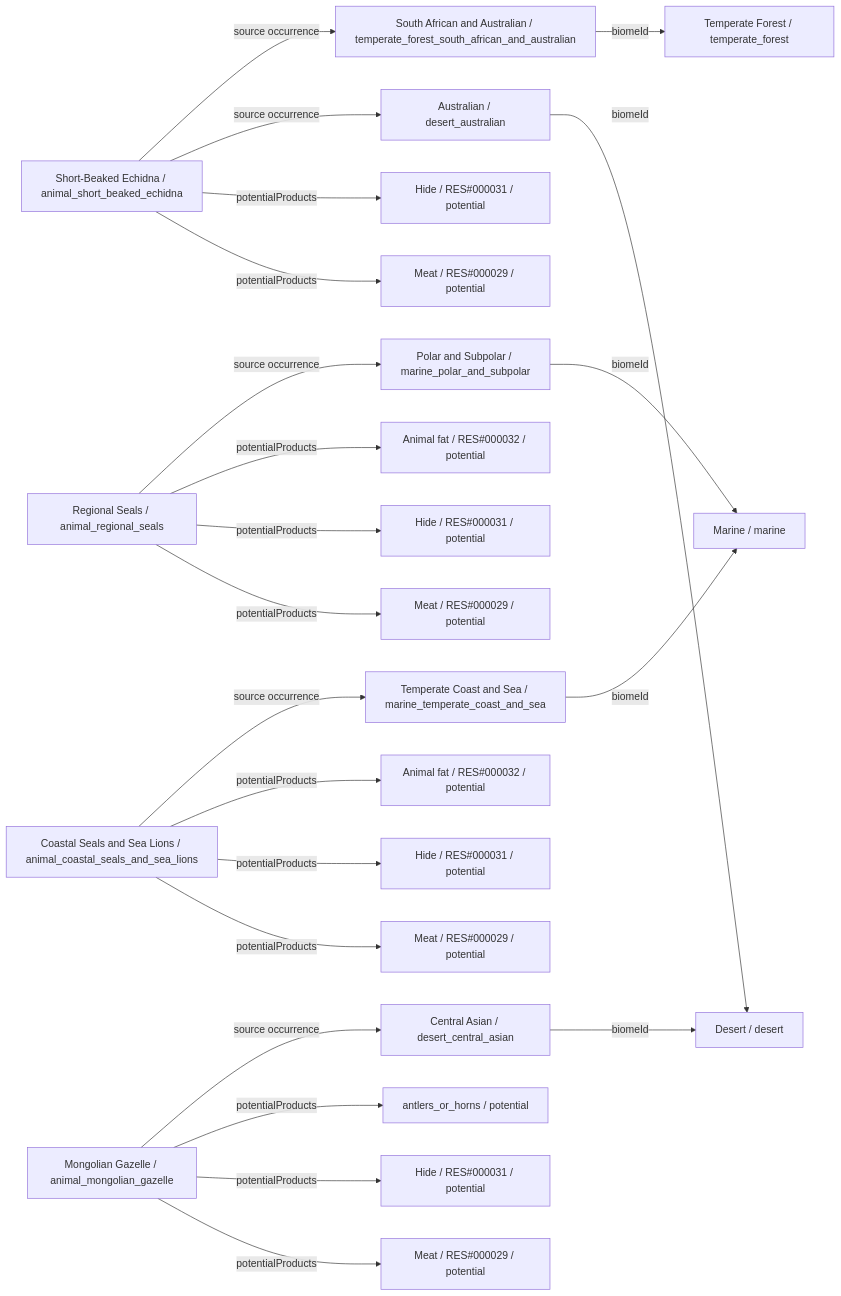
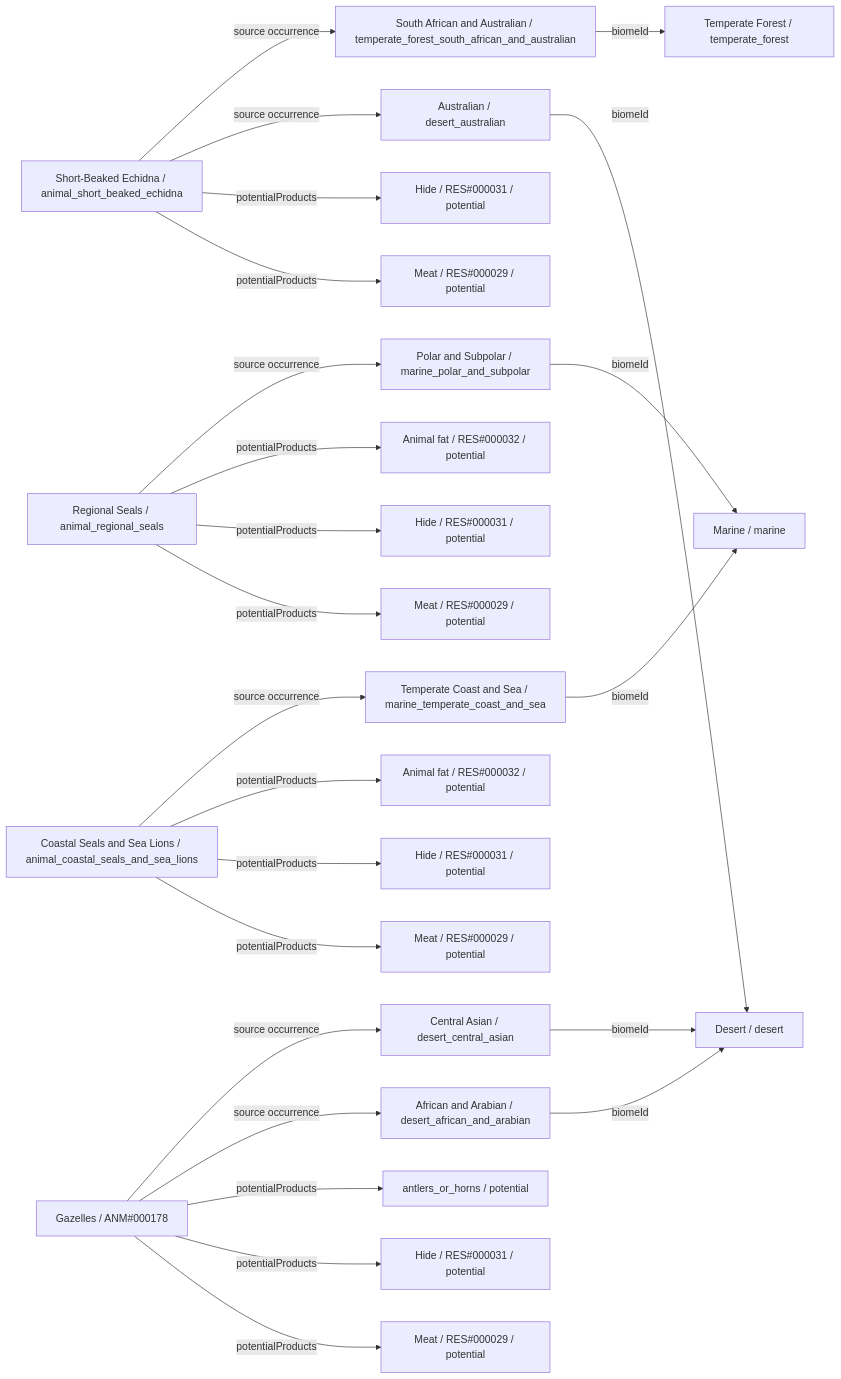
One commit to fgabo404/EvolveDoc changed the tenth of 26 diagrams in data/animals/DIAGRAMS.md. Above: the diagram before and after it, drawn with Mermaid. The commit also changed other lines of this file and 59 other files, not shown here.

````diff
--- a/data/animals/DIAGRAMS.md
+++ b/data/animals/DIAGRAMS.md
@@ -664,47 +545,50 @@
 ```mermaid
 flowchart LR
     c0["Short-Beaked Echidna / animal_short_beaked_echidna"]
     v6["South African and Australian / temperate_forest_south_african_and_australian"]
     b1["Temperate Forest / temperate_forest"]
     v18["Australian / desert_australian"]
     b4["Desert / desert"]
     o0_0["Meat / RES#000029 / potential"]
     o0_1["Hide / RES#000031 / potential"]
     c1["Regional Seals / animal_regional_seals"]
     v21["Polar and Subpolar / marine_polar_and_subpolar"]
     b5["Marine / marine"]
     o1_0["Meat / RES#000029 / potential"]
     o1_1["Hide / RES#000031 / potential"]
     o1_2["Animal fat / RES#000032 / potential"]
     c2["Coastal Seals and Sea Lions / animal_coastal_seals_and_sea_lions"]
     v20["Temperate Coast and Sea / marine_temperate_coast_and_sea"]
     o2_0["Meat / RES#000029 / potential"]
     o2_1["Hide / RES#000031 / potential"]
     o2_2["Animal fat / RES#000032 / potential"]
-    c3["Mongolian Gazelle / animal_mongolian_gazelle"]
+    c3["Gazelles / ANM#000178"]
+    v16["African and Arabian / desert_african_and_arabian"]
     v17["Central Asian / desert_central_asian"]
     o3_0["Meat / RES#000029 / potential"]
     o3_1["Hide / RES#000031 / potential"]
     o3_2["antlers_or_horns / potential"]
     c0 -->|potentialProducts| o0_0
     c0 -->|potentialProducts| o0_1
     c0 -->|source occurrence| v18
     c0 -->|source occurrence| v6
     c1 -->|potentialProducts| o1_0
     c1 -->|potentialProducts| o1_1
     c1 -->|potentialProducts| o1_2
     c1 -->|source occurrence| v21
     c2 -->|potentialProducts| o2_0
     c2 -->|potentialProducts| o2_1
     c2 -->|potentialProducts| o2_2
     c2 -->|source occurrence| v20
     c3 -->|potentialProducts| o3_0
     c3 -->|potentialProducts| o3_1
     c3 -->|potentialProducts| o3_2
+    c3 -->|source occurrence| v16
     c3 -->|source occurrence| v17
+    v16 -->|biomeId| b4
     v17 -->|biomeId| b4
     v18 -->|biomeId| b4
     v20 -->|biomeId| b5
     v21 -->|biomeId| b5
     v6 -->|biomeId| b1
 ```
````
